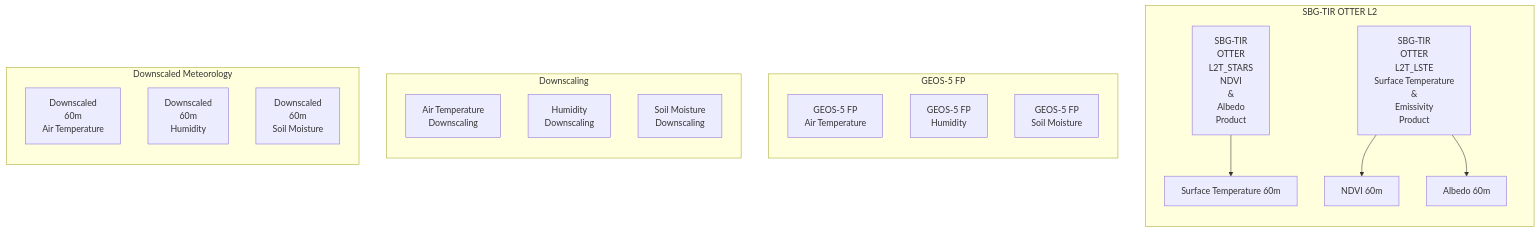
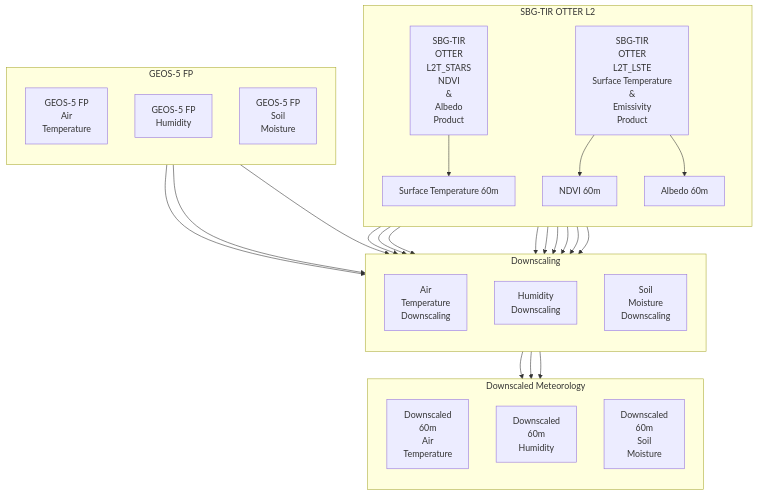
One commit to sbg-tir/SBG-TIR-L4-JET changed the diagram in README.md. Above: the diagram before and after it, drawn with Mermaid.

````diff
--- a/README.md
+++ b/README.md
@@ -31,37 +31,54 @@
 ```mermaid
 flowchart TB
     subgraph SBG_L2[SBG-TIR OTTER L2]
         direction TB
         SBG_L2T_LSTE[SBG-TIR<br>OTTER<br>L2T_STARS<br>NDVI<br>&<br>Albedo<br>Product]
         SBG_L2T_STARS[SBG-TIR<br>OTTER<br>L2T_LSTE<br>Surface Temperature<br>&<br>Emissivity<br>Product]
         ST[Surface Temperature 60m]
         NDVI[NDVI 60m]
         albedo[Albedo 60m]
         SBG_L2T_LSTE --> ST
         SBG_L2T_STARS --> NDVI
         SBG_L2T_STARS --> albedo
     end
 
     subgraph GEOS5FP[GEOS-5 FP]
         direction TB
-        GEOS5FP_Ta[GEOS-5 FP<br>Air Temperature]
+        GEOS5FP_Ta[GEOS-5 FP<br>Air<br>Temperature]
         GEOS5FP_RH[GEOS-5 FP<br>Humidity]
-        GEOS5FP_SM[GEOS-5 FP<br>Soil Moisture]
+        GEOS5FP_SM[GEOS-5 FP<br>Soil<br>Moisture]
     end
 
     subgraph downscaling[Downscaling]
         direction TB
-        downscale_Ta[Air Temperature<br>Downscaling]
+        downscale_Ta[Air<br>Temperature<br>Downscaling]
         downscale_RH[Humidity<br>Downscaling]
-        downscale_SM[Soil Moisture<br>Downscaling]
+        downscale_SM[Soil<br>Moisture<br>Downscaling]
     end
 
     subgraph downscaled_meteorology[Downscaled Meteorology]
         direction TB
-        downscaled_Ta[Downscaled<br>60m<br>Air Temperature]
+        downscaled_Ta[Downscaled<br>60m<br>Air<br>Temperature]
         downscaled_RH[Downscaled<br>60m<br>Humidity]
-        downscaled_SM[Downscaled<br>60m<br>Soil Moisture]
+        downscaled_SM[Downscaled<br>60m<br>Soil<br>Moisture]
     end
 
-            
+    GEOS5FP_Ta --> downscale_Ta
+    ST --> downscale_Ta
+    NDVI --> downscale_Ta
+    albedo --> downscale_Ta
+
+    GEOS5FP_RH --> downscale_RH
+    ST --> downscale_RH
+    NDVI --> downscale_RH
+    albedo --> downscale_RH
+
+    GEOS5FP_SM --> downscale_SM
+    ST --> downscale_SM
+    NDVI --> downscale_SM
+    albedo --> downscale_SM
+
+    downscale_Ta --> downscaled_Ta
+    downscale_RH --> downscaled_RH
+    downscale_SM --> downscaled_SM
 ```
````
